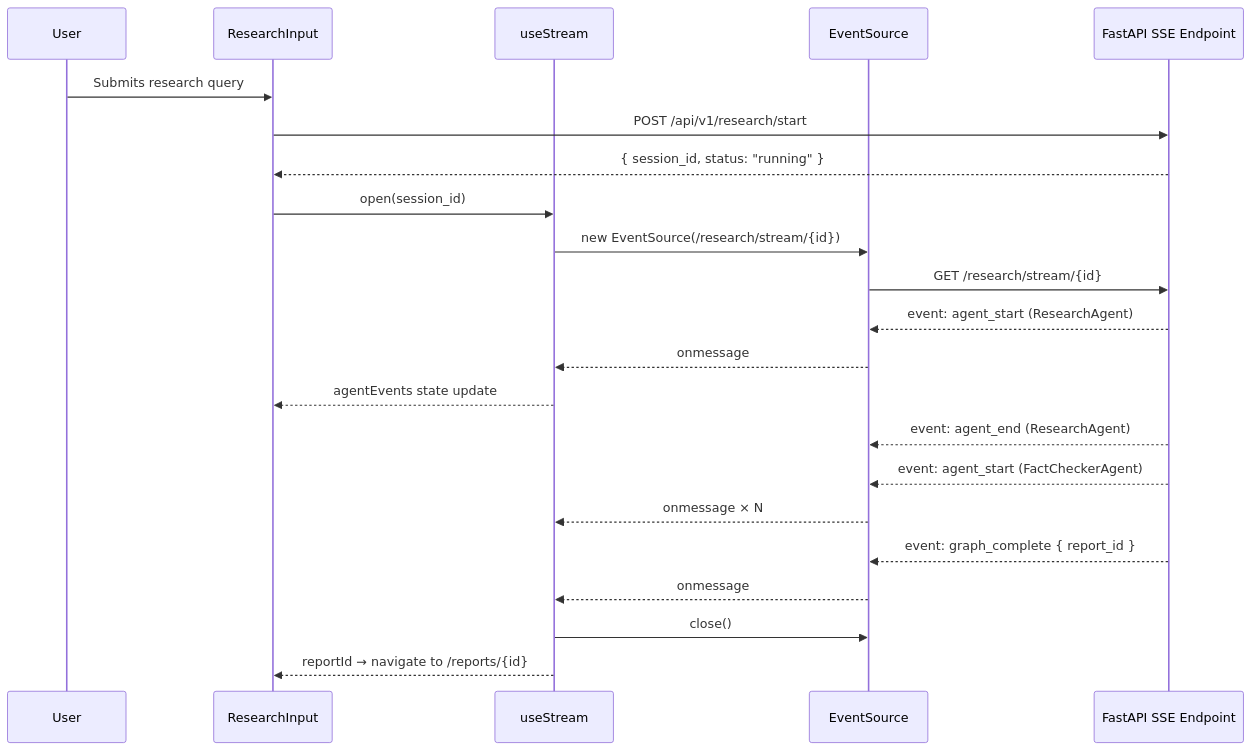
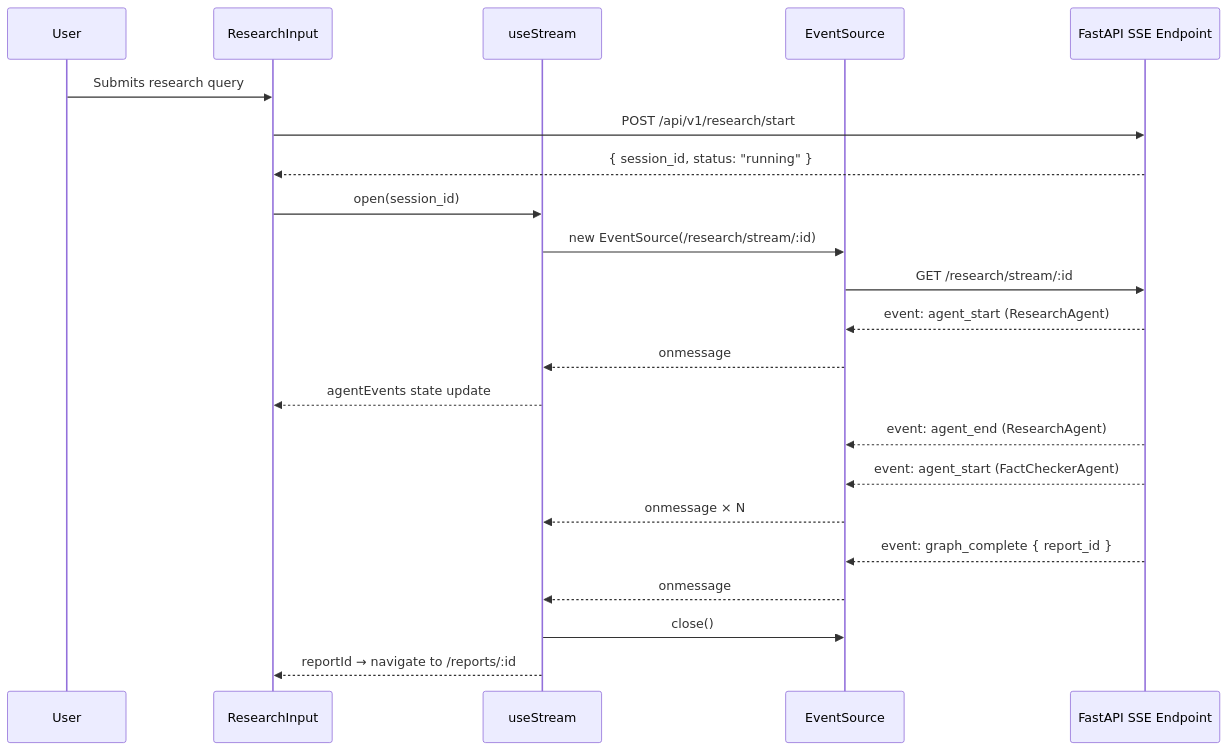
Before and after one commit to ShantanuRamavat/LitReviewer: the third of 29 diagrams in docs/system-design.md, drawn with Mermaid. The commit also changed other lines of this file, not shown here.

First line of the commit message:
fix: escape curly braces in Mermaid diagrams

````diff
--- a/docs/system-design.md
+++ b/docs/system-design.md
@@ -198,25 +198,25 @@
 ```mermaid
 sequenceDiagram
     participant U as User
     participant UI as ResearchInput
     participant Hook as useStream
     participant SSE as EventSource
     participant BE as FastAPI SSE Endpoint
 
     U->>UI: Submits research query
     UI->>BE: POST /api/v1/research/start
     BE-->>UI: { session_id, status: "running" }
     UI->>Hook: open(session_id)
-    Hook->>SSE: new EventSource(/research/stream/{id})
-    SSE->>BE: GET /research/stream/{id}
+    Hook->>SSE: new EventSource(/research/stream/:id)
+    SSE->>BE: GET /research/stream/:id
     BE-->>SSE: event: agent_start (ResearchAgent)
     SSE-->>Hook: onmessage
     Hook-->>UI: agentEvents state update
     BE-->>SSE: event: agent_end (ResearchAgent)
     BE-->>SSE: event: agent_start (FactCheckerAgent)
     SSE-->>Hook: onmessage × N
     BE-->>SSE: event: graph_complete { report_id }
     SSE-->>Hook: onmessage
     Hook->>SSE: close()
-    Hook-->>UI: reportId → navigate to /reports/{id}
+    Hook-->>UI: reportId → navigate to /reports/:id
 ```
````
